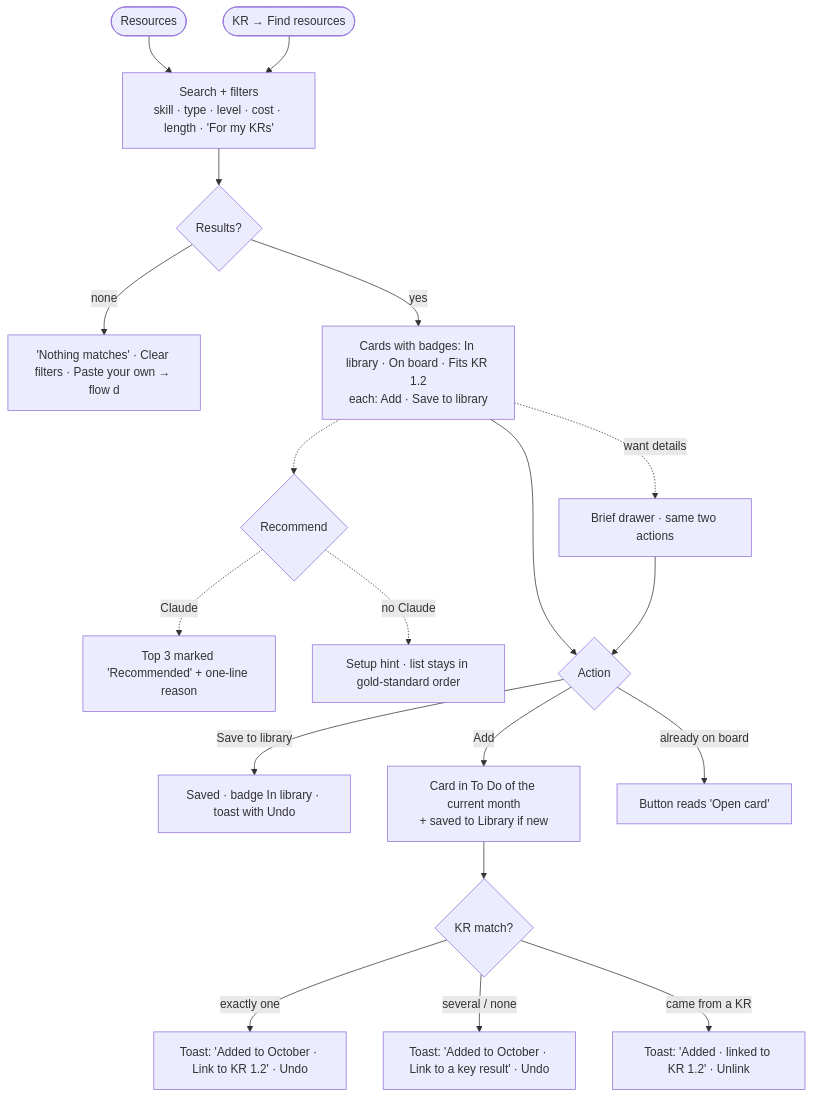
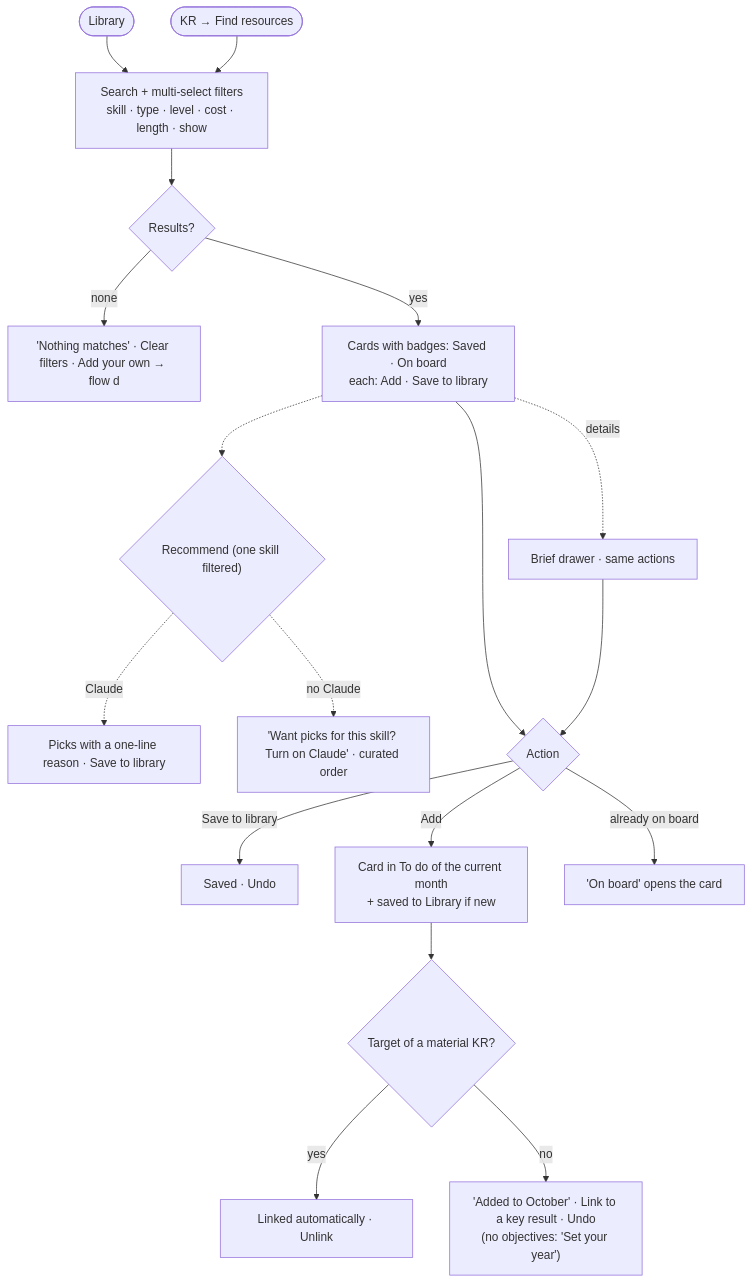
Before and after one commit to amojahedi/growloop: the fifth of 9 diagrams in docs/design/ux-flows.md, drawn with Mermaid. The commit also changed other lines of this file and 20 other files, not shown here.

````diff
--- a/docs/design/ux-flows.md
+++ b/docs/design/ux-flows.md
@@ -206,21 +174,20 @@
 ```mermaid
 flowchart TD
-  e1(["Resources"]) --> f["Search + filters<br/>skill · type · level · cost · length · 'For my KRs'"]
+  e1(["Library"]) --> f["Search + multi-select filters<br/>skill · type · level · cost · length · show"]
   e2(["KR → Find resources"]) --> f
   f --> any{"Results?"}
-  any -->|"none"| none["'Nothing matches' · Clear filters · Paste your own → flow d"]
-  any -->|"yes"| grid["Cards with badges: In library · On board · Fits KR 1.2<br/>each: Add · Save to library"]
-  grid -.-> recq{"Recommend"}
-  recq -.->|"Claude"| rec["Top 3 marked 'Recommended' + one-line reason"]
-  recq -.->|"no Claude"| reco["Setup hint · list stays in gold-standard order"]
-  grid -.->|"want details"| br["Brief drawer · same two actions"]
+  any -->|"none"| none["'Nothing matches' · Clear filters · Add your own → flow d"]
+  any -->|"yes"| grid["Cards with badges: Saved · On board<br/>each: Add · Save to library"]
+  grid -.-> recq{"Recommend (one skill filtered)"}
+  recq -.->|"Claude"| rec["Picks with a one-line reason · Save to library"]
+  recq -.->|"no Claude"| reco["'Want picks for this skill? Turn on Claude' · curated order"]
+  grid -.->|"details"| br["Brief drawer · same actions"]
   grid --> act{"Action"}
   br --> act
-  act -->|"Save to library"| saved["Saved · badge In library · toast with Undo"]
-  act -->|"Add"| add["Card in To Do of the current month<br/>+ saved to Library if new"]
-  add --> kr{"KR match?"}
-  kr -->|"exactly one"| t1["Toast: 'Added to October · Link to KR 1.2' · Undo"]
-  kr -->|"several / none"| t2["Toast: 'Added to October · Link to a key result' · Undo"]
-  kr -->|"came from a KR"| t3["Toast: 'Added · linked to KR 1.2' · Unlink"]
-  act -->|"already on board"| opencard["Button reads 'Open card'"]
+  act -->|"Save to library"| saved["Saved · Undo"]
+  act -->|"Add"| add["Card in To do of the current month<br/>+ saved to Library if new"]
+  add --> kr{"Target of a material KR?"}
+  kr -->|"yes"| t3["Linked automatically · Unlink"]
+  kr -->|"no"| t1["'Added to October' · Link to a key result · Undo<br/>(no objectives: 'Set your year')"]
+  act -->|"already on board"| opencard["'On board' opens the card"]
 ```
````
